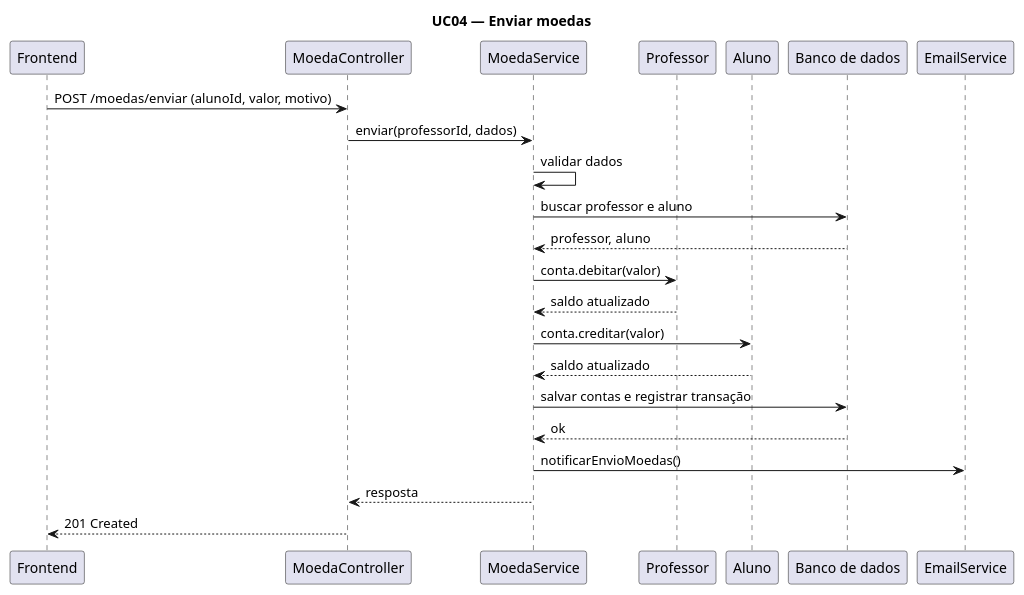
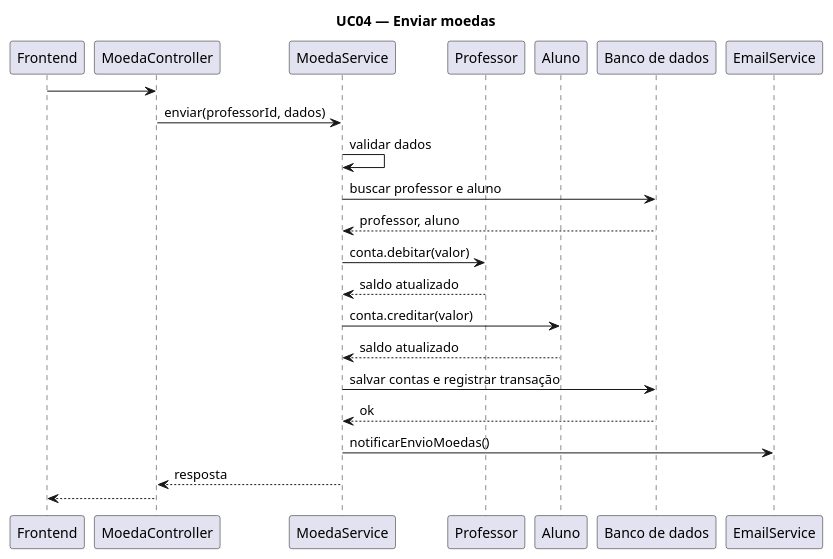
One commit to brunokilo/lab03-projetoSoftware changed the diagram in docs/diagramas/diagrama-de-sequencia-enviar-moeda.puml. Above: the diagram before and after it, drawn with PlantUML. The commit also changed 4 other files, not shown here.

```diff
--- a/docs/diagramas/diagrama-de-sequencia-enviar-moeda.puml
+++ b/docs/diagramas/diagrama-de-sequencia-enviar-moeda.puml
@@ -1,26 +1,26 @@
 @startuml sequencia_enviar_moedas
 title UC04 — Enviar moedas
 
 participant Frontend
 participant MoedaController
 participant MoedaService
 participant "Professor" as ProfessorClasse
 participant "Aluno" as AlunoClasse
 participant "Banco de dados" as BD
 participant EmailService
 
-Frontend -> MoedaController : POST /moedas/enviar (alunoId, valor, motivo)
+Frontend -> MoedaController : 
 MoedaController -> MoedaService : enviar(professorId, dados)
 MoedaService -> MoedaService : validar dados
 MoedaService -> BD : buscar professor e aluno
 BD --> MoedaService : professor, aluno
 MoedaService -> ProfessorClasse : conta.debitar(valor)
 ProfessorClasse --> MoedaService : saldo atualizado
 MoedaService -> AlunoClasse : conta.creditar(valor)
 AlunoClasse --> MoedaService : saldo atualizado
 MoedaService -> BD : salvar contas e registrar transação
 BD --> MoedaService : ok
 MoedaService -> EmailService : notificarEnvioMoedas()
 MoedaService --> MoedaController : resposta
-MoedaController --> Frontend : 201 Created
+MoedaController --> Frontend : 
 @enduml
```
